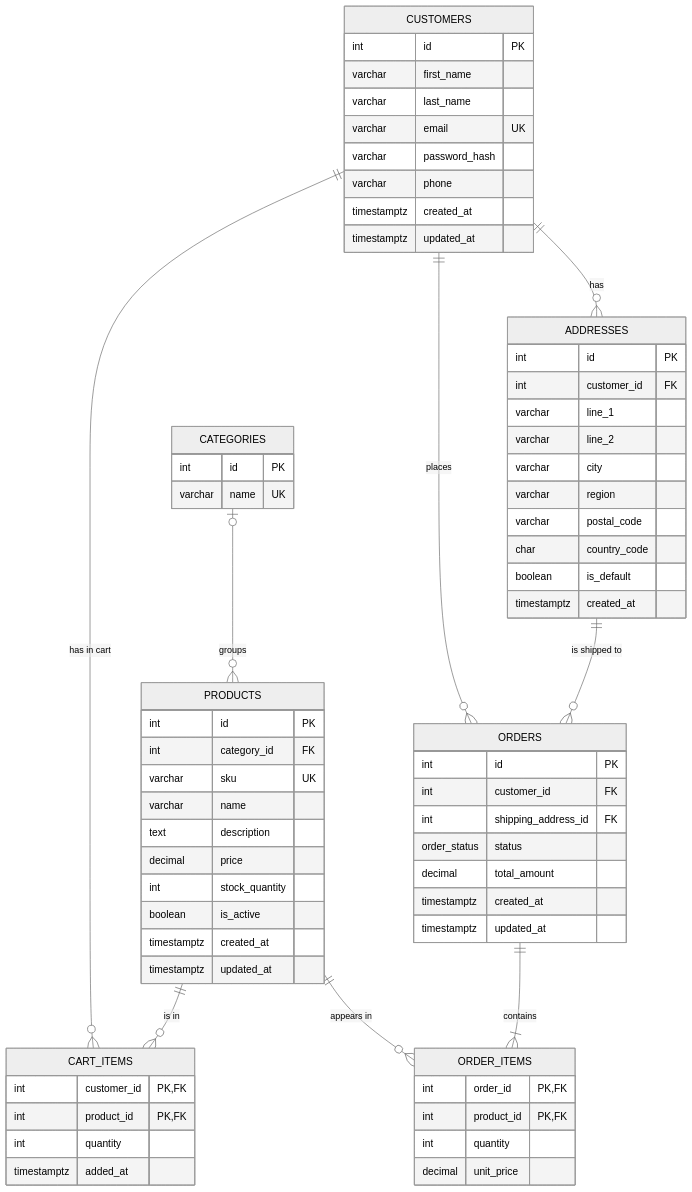
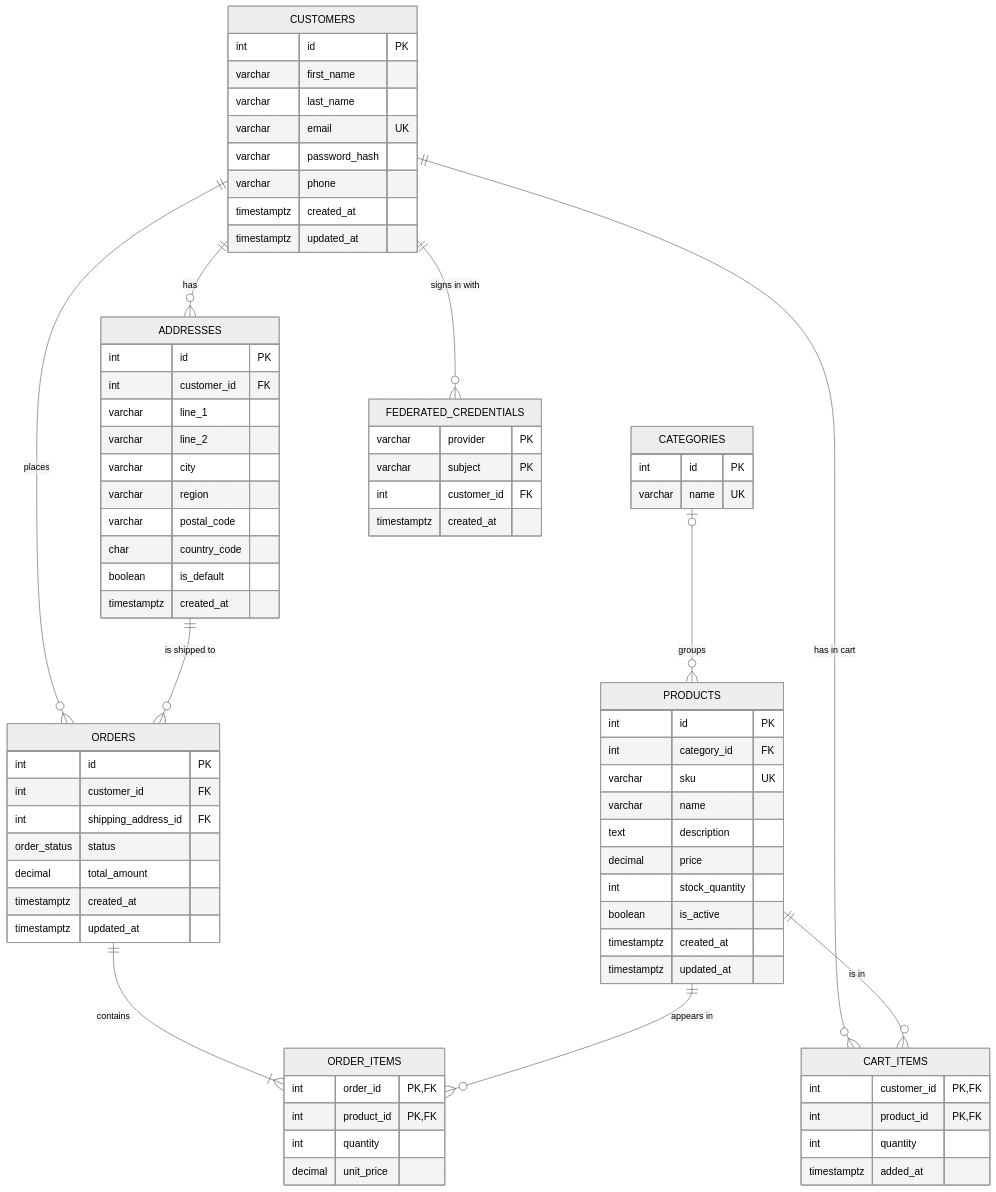
The diagram in docs/database-design.md (MelissaJones98/E-Commerce-App), drawn with Mermaid (neutral theme) before and after one commit. The commit also changed other lines of this file and 35 other files, not shown here.

```diff
--- a/docs/database-design.md
+++ b/docs/database-design.md
@@ -14,6 +14,7 @@
     CATEGORIES |o--o{ PRODUCTS : "groups"
     CUSTOMERS ||--o{ CART_ITEMS : "has in cart"
     PRODUCTS ||--o{ CART_ITEMS : "is in"
+    CUSTOMERS ||--o{ FEDERATED_CREDENTIALS : "signs in with"
 
     CUSTOMERS {
         int id PK
@@ -24,6 +25,13 @@
         varchar phone
         timestamptz created_at
         timestamptz updated_at
+    }
+
+    FEDERATED_CREDENTIALS {
+        varchar provider PK
+        varchar subject PK
+        int customer_id FK
+        timestamptz created_at
     }
 
     ADDRESSES {
```
